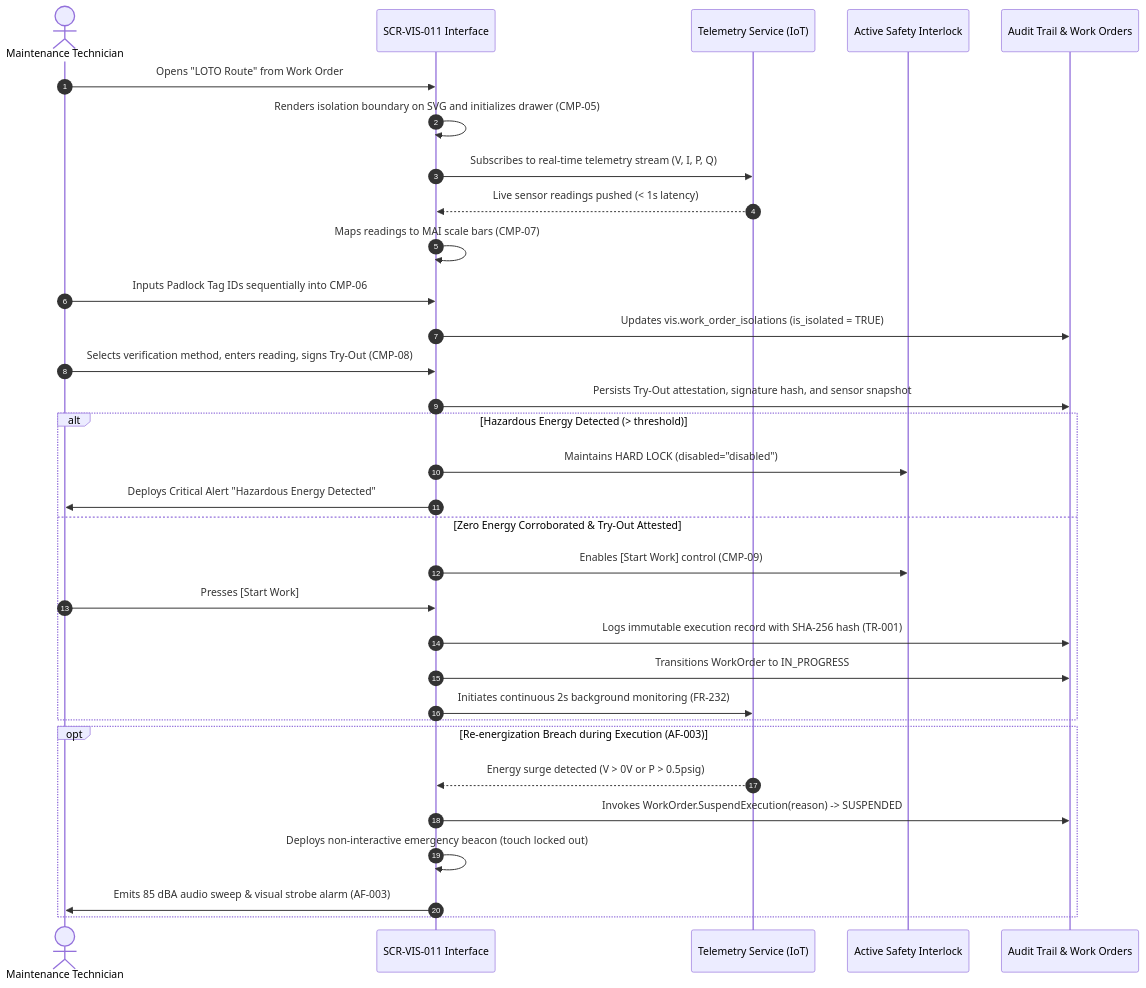
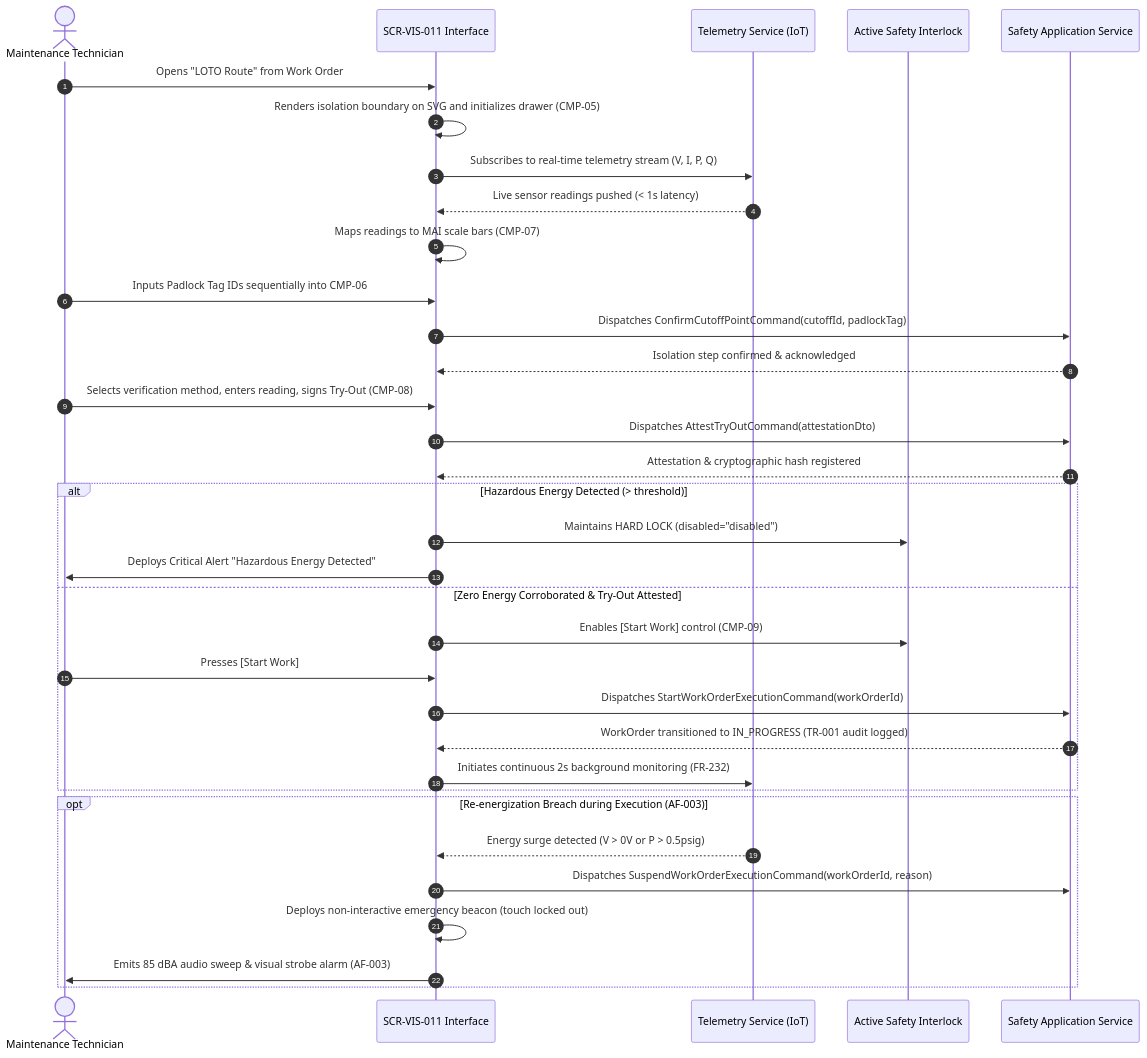
The diagram in ui-ux/screens/vis/SCR-VIS-011.md (Novav20/adso-dteam-docs), drawn with Mermaid before and after one commit. The commit also changed other lines of this file and 2 other files, not shown here.

Commit message:
docs(ui-ux): audit implementation leaks and promote VIS screens to Stable

````diff
--- a/ui-ux/screens/vis/SCR-VIS-011.md
+++ b/ui-ux/screens/vis/SCR-VIS-011.md
@@ -86,39 +86,41 @@
 ```mermaid
 sequenceDiagram
     autonumber
     actor Tech as Maintenance Technician
     participant UI as SCR-VIS-011 Interface
     participant IoT as Telemetry Service (IoT)
     participant SEC as Active Safety Interlock
-    participant DB as Audit Trail & Work Orders
+    participant API as Safety Application Service
 
     Tech->>UI: Opens "LOTO Route" from Work Order
     UI->>UI: Renders isolation boundary on SVG and initializes drawer (CMP-05)
     UI->>IoT: Subscribes to real-time telemetry stream (V, I, P, Q)
     IoT-->>UI: Live sensor readings pushed (< 1s latency)
     UI->>UI: Maps readings to MAI scale bars (CMP-07)
     
     Tech->>UI: Inputs Padlock Tag IDs sequentially into CMP-06
-    UI->>DB: Updates vis.work_order_isolations (is_isolated = TRUE)
+    UI->>API: Dispatches ConfirmCutoffPointCommand(cutoffId, padlockTag)
+    API-->>UI: Isolation step confirmed & acknowledged
     
     Tech->>UI: Selects verification method, enters reading, signs Try-Out (CMP-08)
-    UI->>DB: Persists Try-Out attestation, signature hash, and sensor snapshot
+    UI->>API: Dispatches AttestTryOutCommand(attestationDto)
+    API-->>UI: Attestation & cryptographic hash registered
     
     alt Hazardous Energy Detected (> threshold)
         UI->>SEC: Maintains HARD LOCK (disabled="disabled")
         UI->>Tech: Deploys Critical Alert "Hazardous Energy Detected"
     else Zero Energy Corroborated & Try-Out Attested
         UI->>SEC: Enables [Start Work] control (CMP-09)
         Tech->>UI: Presses [Start Work]
-        UI->>DB: Logs immutable execution record with SHA-256 hash (TR-001)
-        UI->>DB: Transitions WorkOrder to IN_PROGRESS
+        UI->>API: Dispatches StartWorkOrderExecutionCommand(workOrderId)
+        API-->>UI: WorkOrder transitioned to IN_PROGRESS (TR-001 audit logged)
         UI->>IoT: Initiates continuous 2s background monitoring (FR-232)
     end
 
     opt Re-energization Breach during Execution (AF-003)
         IoT-->>UI: Energy surge detected (V > 0V or P > 0.5psig)
-        UI->>DB: Invokes WorkOrder.SuspendExecution(reason) -> SUSPENDED
+        UI->>API: Dispatches SuspendWorkOrderExecutionCommand(workOrderId, reason)
         UI->>UI: Deploys non-interactive emergency beacon (touch locked out)
         UI->>Tech: Emits 85 dBA audio sweep & visual strobe alarm (AF-003)
     end
 ```
````
